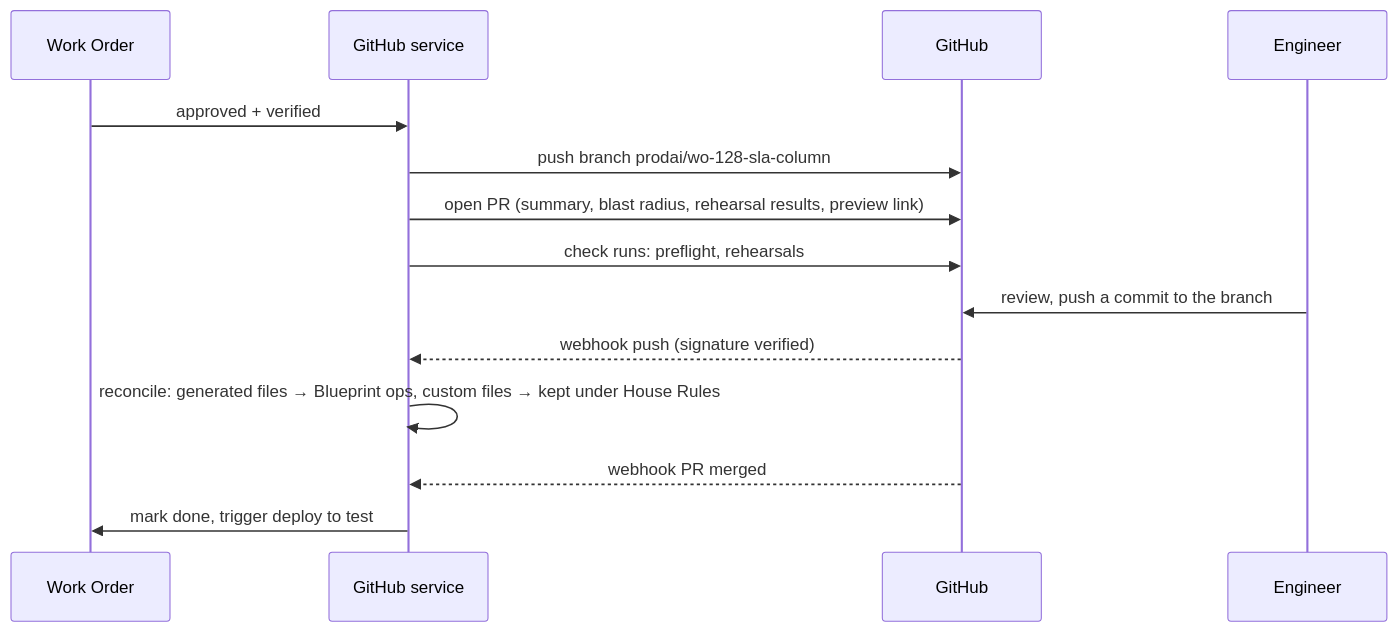
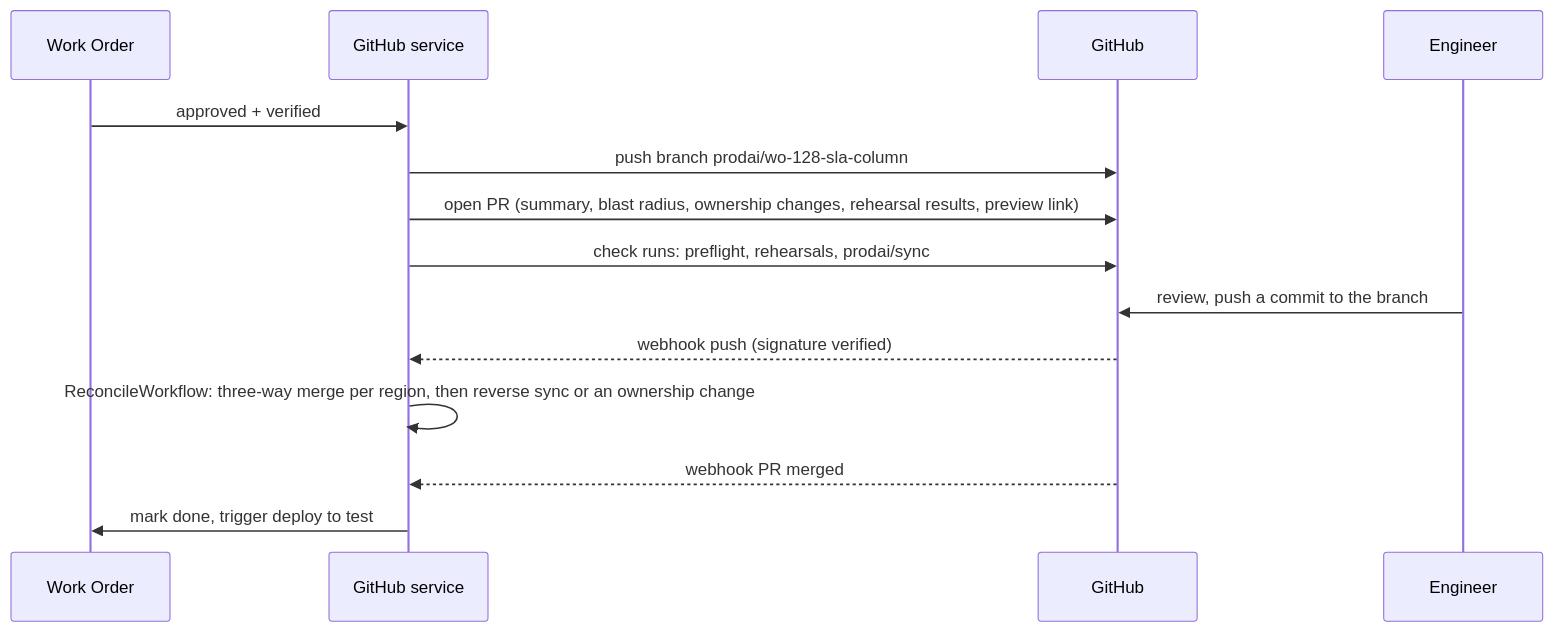
The third of 3 diagrams in ARCHITECTURE.md (aryansaharan/architect-2), drawn with Mermaid before and after one commit. The commit also changed other lines of this file and 7 other files, not shown here.

First line of the commit message:
Architecture: code sync, enforced egress, where the studio runs, burst limits, model economics

````diff
--- a/ARCHITECTURE.md
+++ b/ARCHITECTURE.md
@@ -333,16 +466,16 @@
 ```mermaid
 sequenceDiagram
   participant W as Work Order
   participant G as GitHub service
   participant GH as GitHub
   participant E as Engineer
   W->>G: approved + verified
   G->>GH: push branch prodai/wo-128-sla-column
-  G->>GH: open PR (summary, blast radius, rehearsal results, preview link)
-  G->>GH: check runs: preflight, rehearsals
+  G->>GH: open PR (summary, blast radius, ownership changes, rehearsal results, preview link)
+  G->>GH: check runs: preflight, rehearsals, prodai/sync
   E->>GH: review, push a commit to the branch
   GH-->>G: webhook push (signature verified)
-  G->>G: reconcile: generated files → Blueprint ops, custom files → kept under House Rules
+  G->>G: ReconcileWorkflow: three-way merge per region, then reverse sync or an ownership change
   GH-->>G: webhook PR merged
   G->>W: mark done, trigger deploy to test
 ```
````
